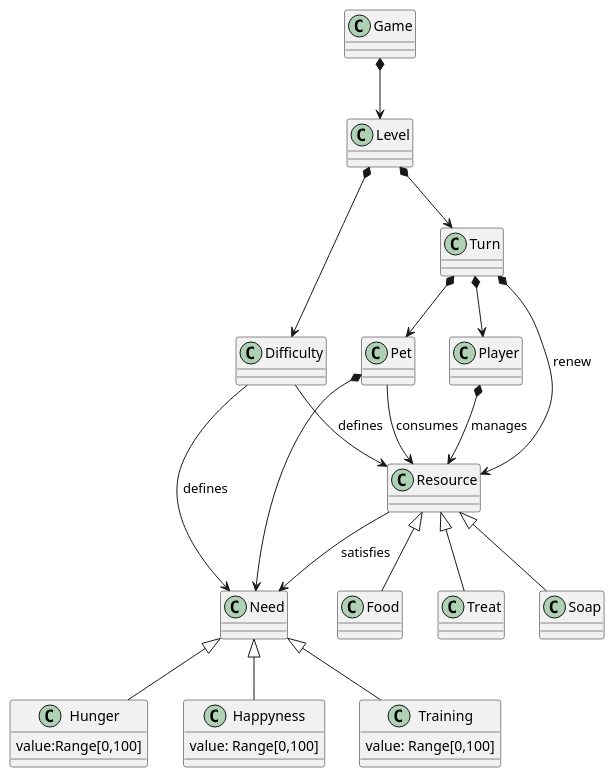
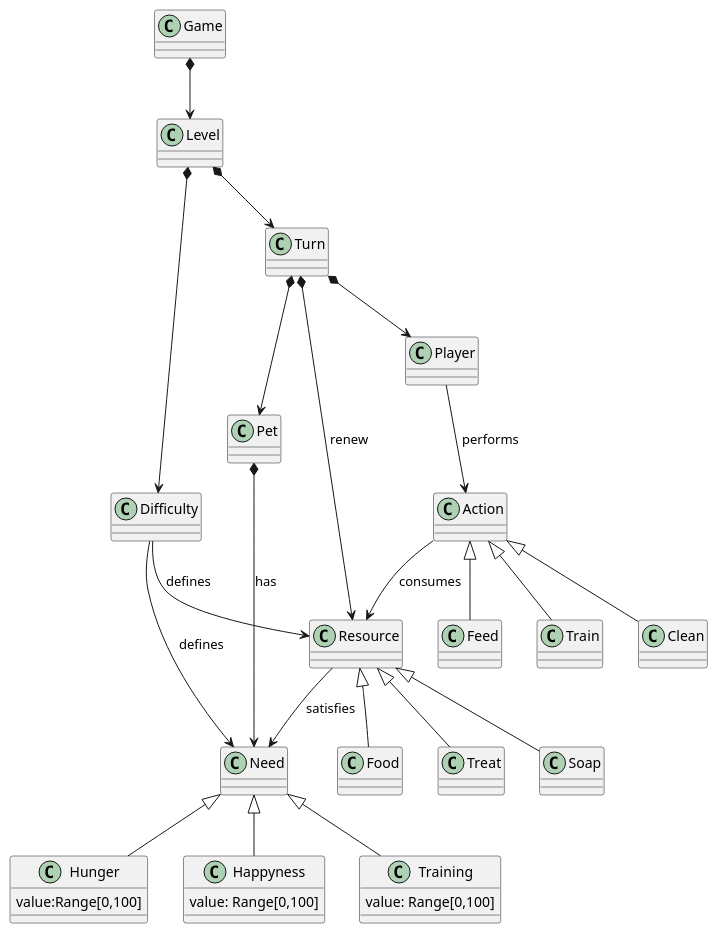
Before and after one commit to fraylopez/e-pet: the diagram in docs/src/domain-model.puml, drawn with PlantUML. The commit also changed 2 other files, not shown here.

```diff
--- a/docs/src/domain-model.puml
+++ b/docs/src/domain-model.puml
@@ -1,46 +1,50 @@
 class Pet
 
 class Hunger {
   value:Range[0,100]
 }
 class Happyness{
   value: Range[0,100]
 }
 class Training{
   value: Range[0,100]
 }
 
 
 
 class Turn
 class Player
 class Game
 class Resource
 
 class Food
 class Treat
 class Soap
 
 
 Hunger -up-|> Need
 Happyness -up-|> Need
 Training -up-|> Need
 
 Game *--> Level
 Level *--> Turn
 Level *--> Difficulty
 Difficulty --> Need : defines
 Difficulty --> Resource : defines
 
 Turn *--> Player
 Turn *--> Pet
 Turn *--> Resource : renew
-Player *--> Resource : manages
-Pet --> Resource : consumes
-Pet *--> Need
+Pet *--> Need : has
+Player --> Action : performs
+Action --> Resource : consumes
+
+Feed -up-|> Action
+Train -up-|> Action
+Clean -up-|> Action
 
 Resource --> Need : satisfies
 
 Food -up-|> Resource
 Treat -up-|> Resource
 Soap -up-|> Resource
```
